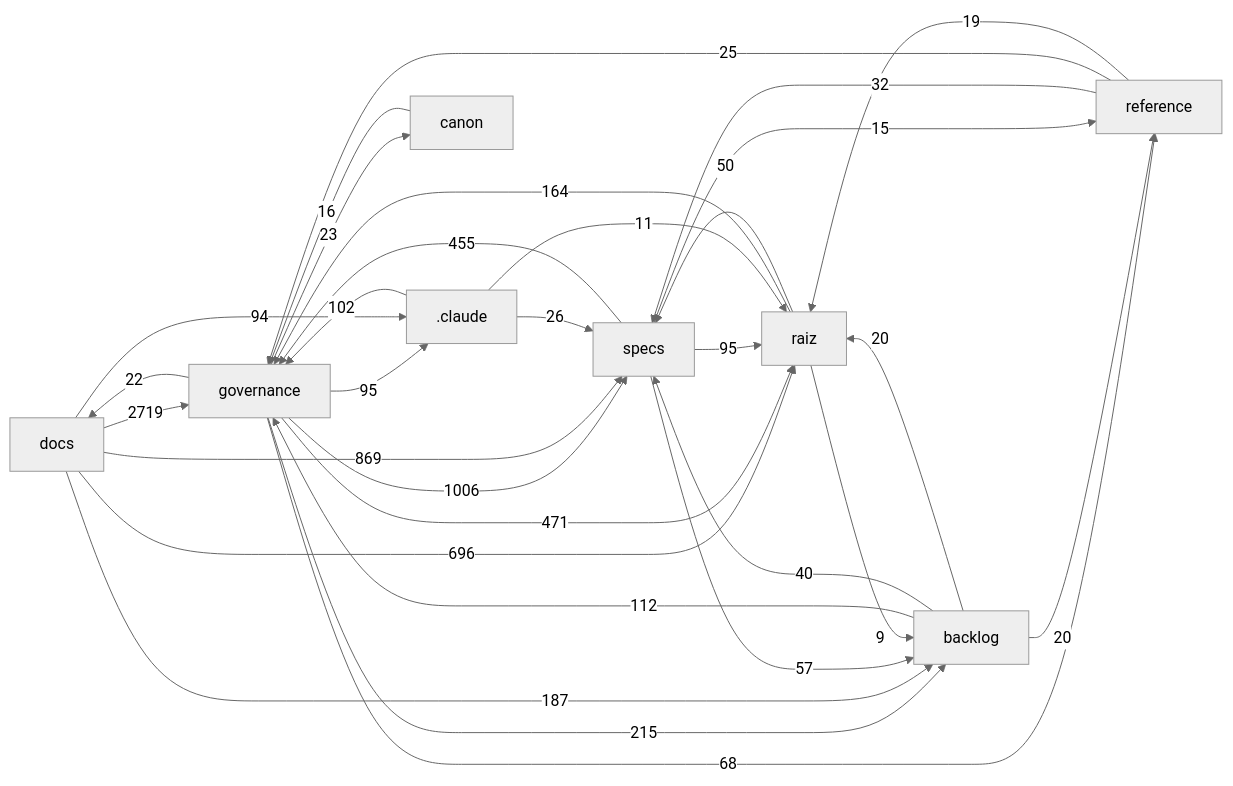
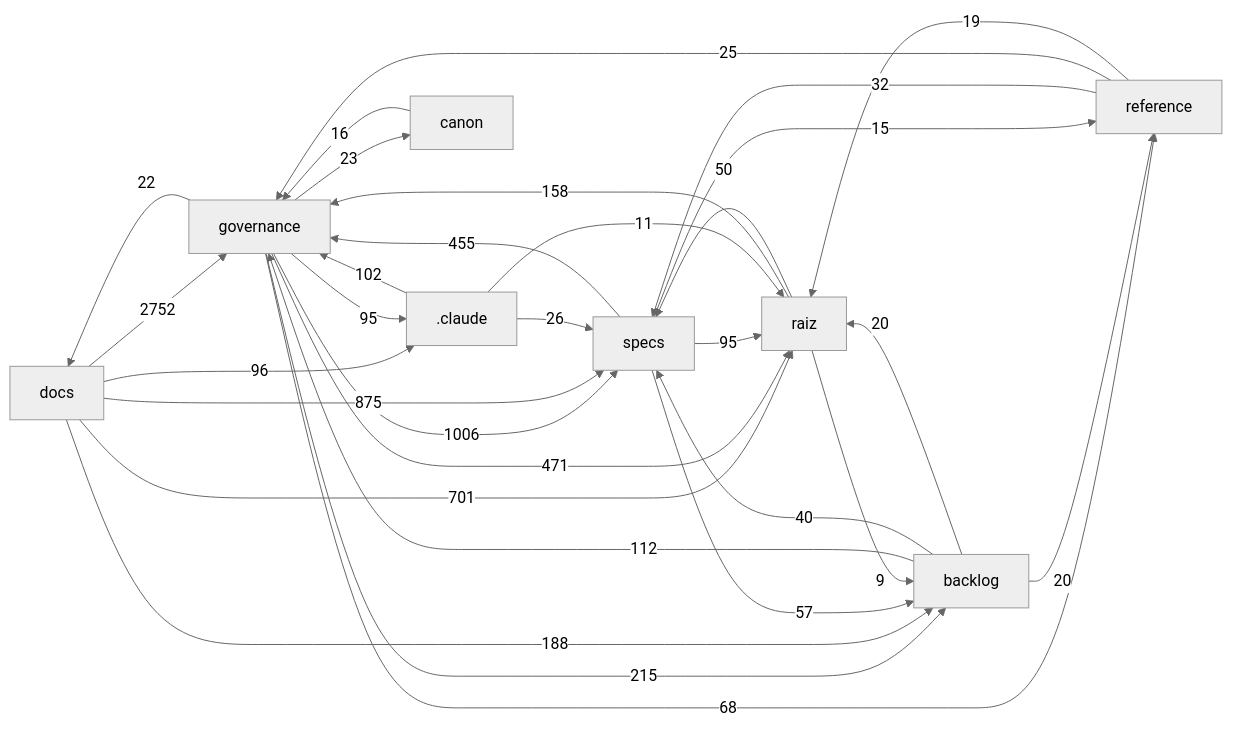
One commit to Andraus35/Sistema-Operacional-de-Trading--SOT changed the diagram in docs/mapa/MAPA-PROJETO.md. Above: the diagram before and after it, drawn with Mermaid (neutral theme). The commit also changed other lines of this file and 3 other files, not shown here.

````diff
--- a/docs/mapa/MAPA-PROJETO.md
+++ b/docs/mapa/MAPA-PROJETO.md
@@ -29,33 +29,33 @@
 ```mermaid
 flowchart LR
-  docs["docs"] -->|2719| governance["governance"]
+  docs["docs"] -->|2752| governance["governance"]
   governance["governance"] -->|1006| specs["specs"]
-  docs["docs"] -->|869| specs["specs"]
-  docs["docs"] -->|696| raiz["raiz"]
+  docs["docs"] -->|875| specs["specs"]
+  docs["docs"] -->|701| raiz["raiz"]
   governance["governance"] -->|471| raiz["raiz"]
   specs["specs"] -->|455| governance["governance"]
   governance["governance"] -->|215| backlog["backlog"]
-  docs["docs"] -->|187| backlog["backlog"]
-  raiz["raiz"] -->|164| governance["governance"]
+  docs["docs"] -->|188| backlog["backlog"]
+  raiz["raiz"] -->|158| governance["governance"]
   backlog["backlog"] -->|112| governance["governance"]
   _claude[".claude"] -->|102| governance["governance"]
+  docs["docs"] -->|96| _claude[".claude"]
   governance["governance"] -->|95| _claude[".claude"]
   specs["specs"] -->|95| raiz["raiz"]
-  docs["docs"] -->|94| _claude[".claude"]
   governance["governance"] -->|68| reference["reference"]
   specs["specs"] -->|57| backlog["backlog"]
   raiz["raiz"] -->|50| specs["specs"]
   backlog["backlog"] -->|40| specs["specs"]
   reference["reference"] -->|32| specs["specs"]
   _claude[".claude"] -->|26| specs["specs"]
   reference["reference"] -->|25| governance["governance"]
   governance["governance"] -->|23| canon["canon"]
   governance["governance"] -->|22| docs["docs"]
   backlog["backlog"] -->|20| raiz["raiz"]
   backlog["backlog"] -->|20| reference["reference"]
   reference["reference"] -->|19| raiz["raiz"]
   canon["canon"] -->|16| governance["governance"]
   specs["specs"] -->|15| reference["reference"]
   _claude[".claude"] -->|11| raiz["raiz"]
   raiz["raiz"] -->|9| backlog["backlog"]
 ```
````
